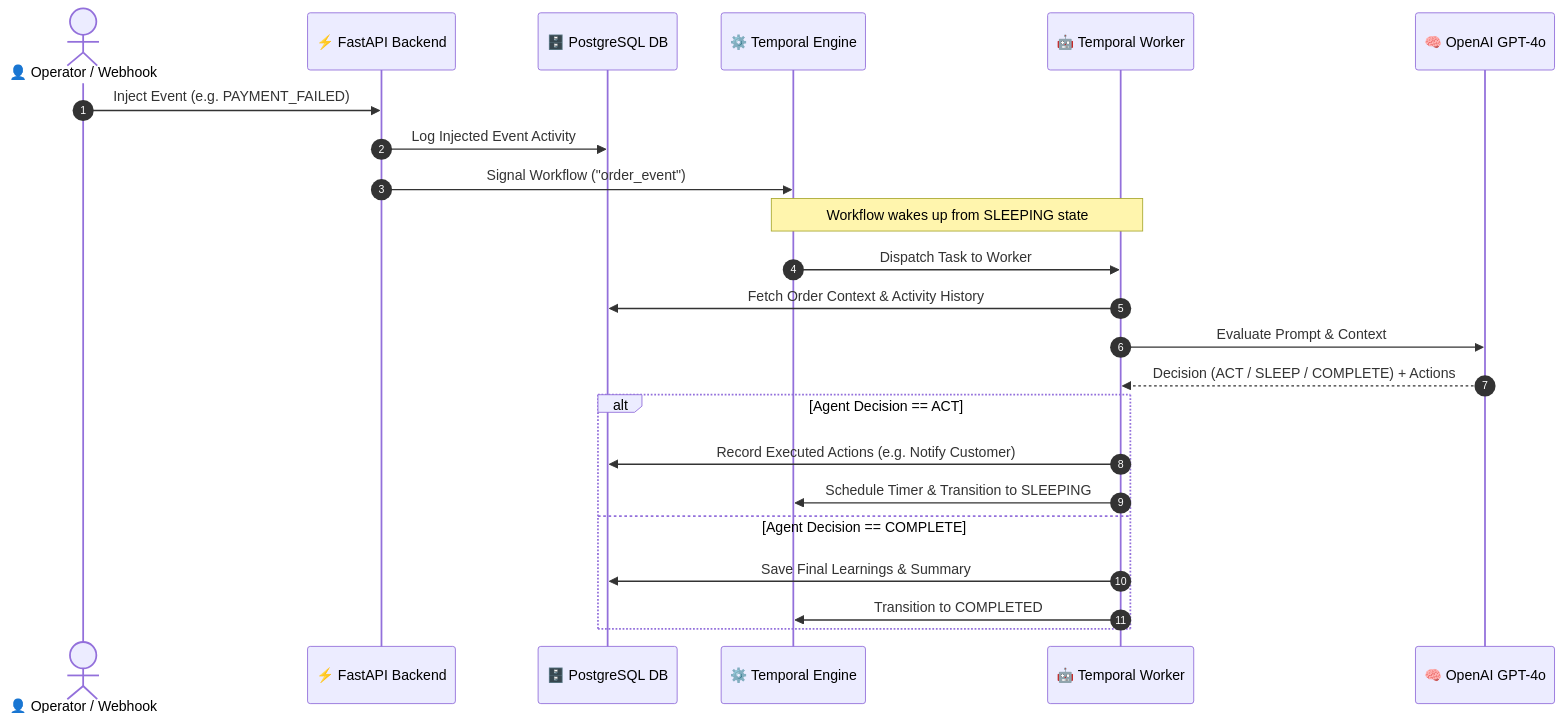
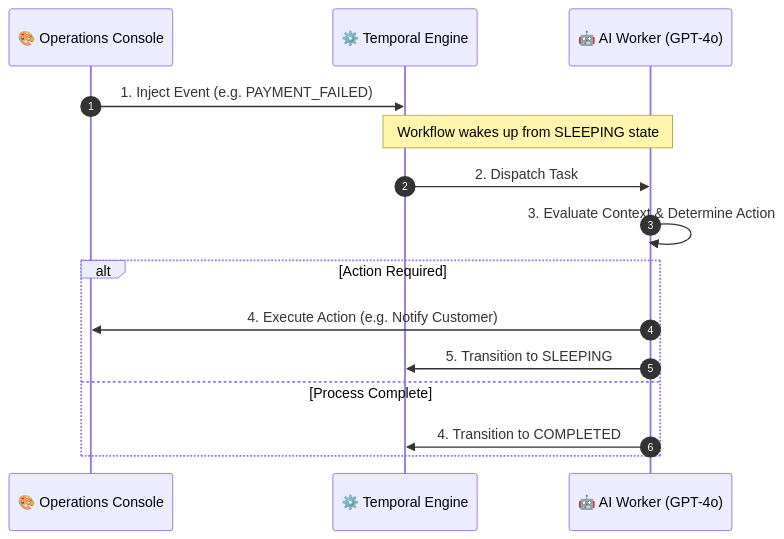
Before and after one commit to SOHAMPAL23/Order-Supervisor: the first of 2 diagrams in README.md, drawn with Mermaid. The commit also changed other lines of this file and 1 other file, not shown here.

Commit message:
docs: simplify system design diagrams and frontend UI

````diff
--- a/README.md
+++ b/README.md
@@ -63,28 +33,19 @@
 ```mermaid
 sequenceDiagram
     autonumber
-    actor Operator as 👤 Operator / Webhook
-    participant API as ⚡ FastAPI Backend
-    participant DB as 🗄️ PostgreSQL DB
+    participant UI as 🎨 Operations Console
     participant Engine as ⚙️ Temporal Engine
-    participant Worker as 🤖 Temporal Worker
-    participant LLM as 🧠 OpenAI GPT-4o
+    participant Worker as 🤖 AI Worker (GPT-4o)
 
-    Operator->>API: Inject Event (e.g. PAYMENT_FAILED)
-    API->>DB: Log Injected Event Activity
-    API->>Engine: Signal Workflow ("order_event")
+    UI->>Engine: 1. Inject Event (e.g. PAYMENT_FAILED)
+    note over Engine,Worker: Workflow wakes up from SLEEPING state
+    Engine->>Worker: 2. Dispatch Task
+    Worker->>Worker: 3. Evaluate Context & Determine Action
     
-    note over Engine,Worker: Workflow wakes up from SLEEPING state
-    Engine->>Worker: Dispatch Task to Worker
-    Worker->>DB: Fetch Order Context & Activity History
-    Worker->>LLM: Evaluate Prompt & Context
-    LLM-->>Worker: Decision (ACT / SLEEP / COMPLETE) + Actions
-    
-    alt Agent Decision == ACT
-        Worker->>DB: Record Executed Actions (e.g. Notify Customer)
-        Worker->>Engine: Schedule Timer & Transition to SLEEPING
-    else Agent Decision == COMPLETE
-        Worker->>DB: Save Final Learnings & Summary
-        Worker->>Engine: Transition to COMPLETED
+    alt Action Required
+        Worker->>UI: 4. Execute Action (e.g. Notify Customer)
+        Worker->>Engine: 5. Transition to SLEEPING
+    else Process Complete
+        Worker->>Engine: 4. Transition to COMPLETED
     end
 ```
````
